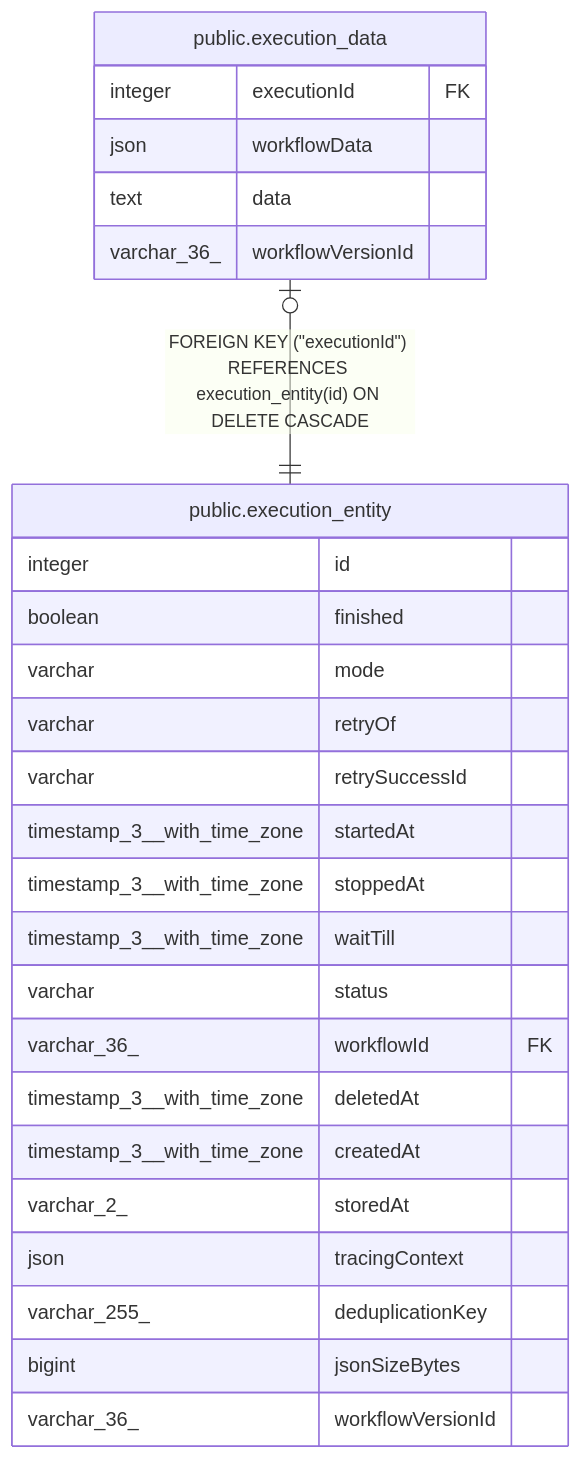
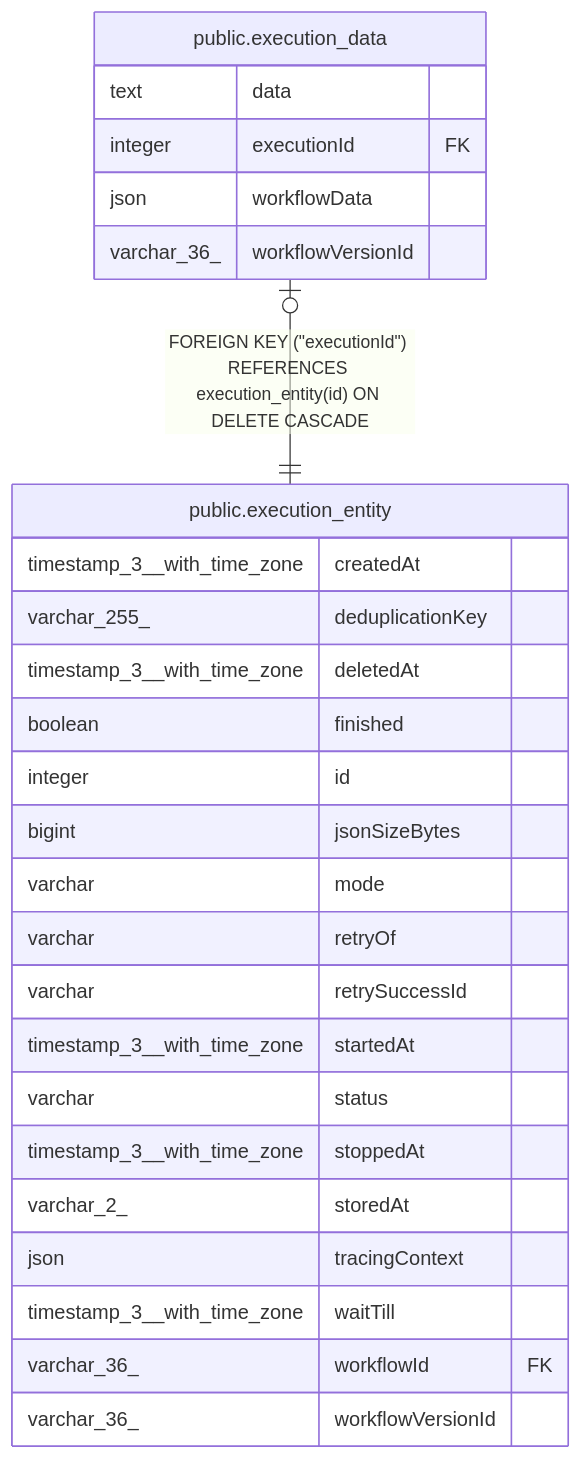
One commit to mayankjain1815-commits/n8n changed the diagram in docs/generated/postgres-schema/public.execution_data.md. Above: the diagram before and after it, drawn with Mermaid. The commit also changed other lines of this file and 221 other files, not shown here.

Commit message:
chore(core): Make DB schema docs generation deterministic (#32373)

````diff
--- a/docs/generated/postgres-schema/public.execution_data.md
+++ b/docs/generated/postgres-schema/public.execution_data.md
@@ -30,31 +30,31 @@
 ```mermaid
 erDiagram
 
 "public.execution_data" |o--|| "public.execution_entity" : "FOREIGN KEY (#quot;executionId#quot;) REFERENCES execution_entity(id) ON DELETE CASCADE"
 
 "public.execution_data" {
+  text data
   integer executionId FK
   json workflowData
-  text data
   varchar_36_ workflowVersionId
 }
 "public.execution_entity" {
+  timestamp_3__with_time_zone createdAt
+  varchar_255_ deduplicationKey
+  timestamp_3__with_time_zone deletedAt
+  boolean finished
   integer id
-  boolean finished
+  bigint jsonSizeBytes
   varchar mode
   varchar retryOf
   varchar retrySuccessId
   timestamp_3__with_time_zone startedAt
+  varchar status
   timestamp_3__with_time_zone stoppedAt
-  timestamp_3__with_time_zone waitTill
-  varchar status
-  varchar_36_ workflowId FK
-  timestamp_3__with_time_zone deletedAt
-  timestamp_3__with_time_zone createdAt
   varchar_2_ storedAt
   json tracingContext
-  varchar_255_ deduplicationKey
-  bigint jsonSizeBytes
+  timestamp_3__with_time_zone waitTill
+  varchar_36_ workflowId FK
   varchar_36_ workflowVersionId
 }
 ```
````
